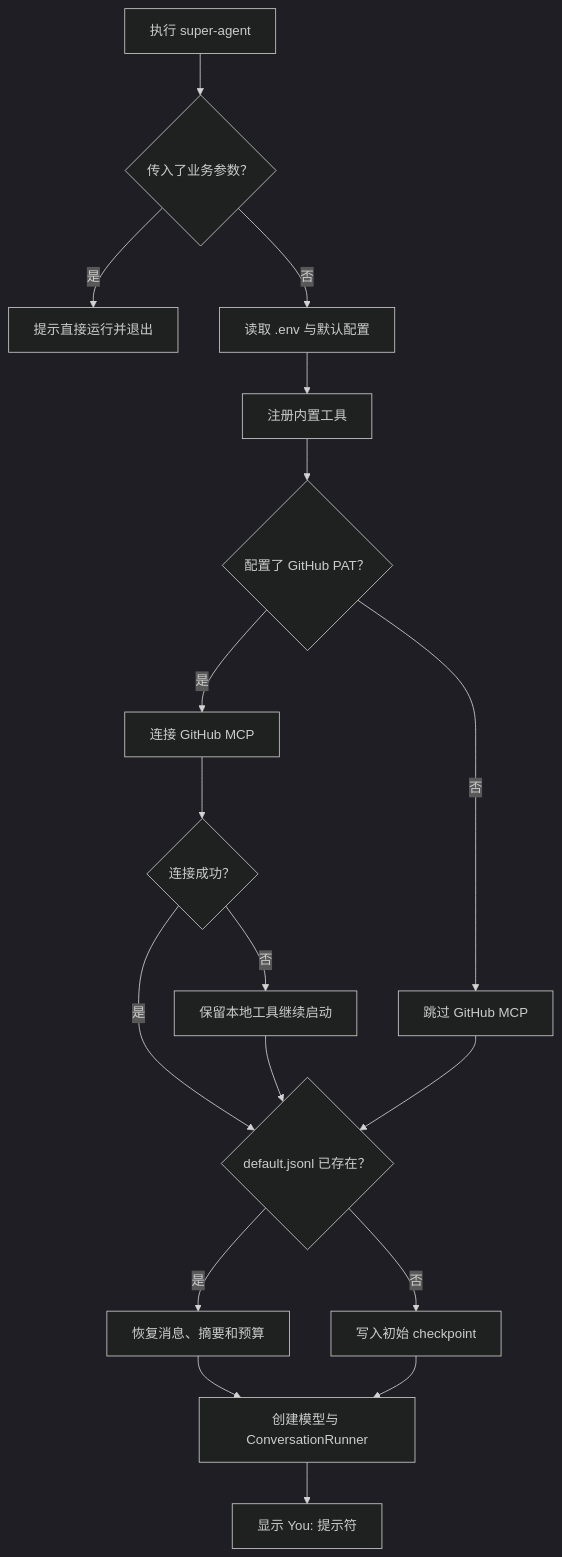
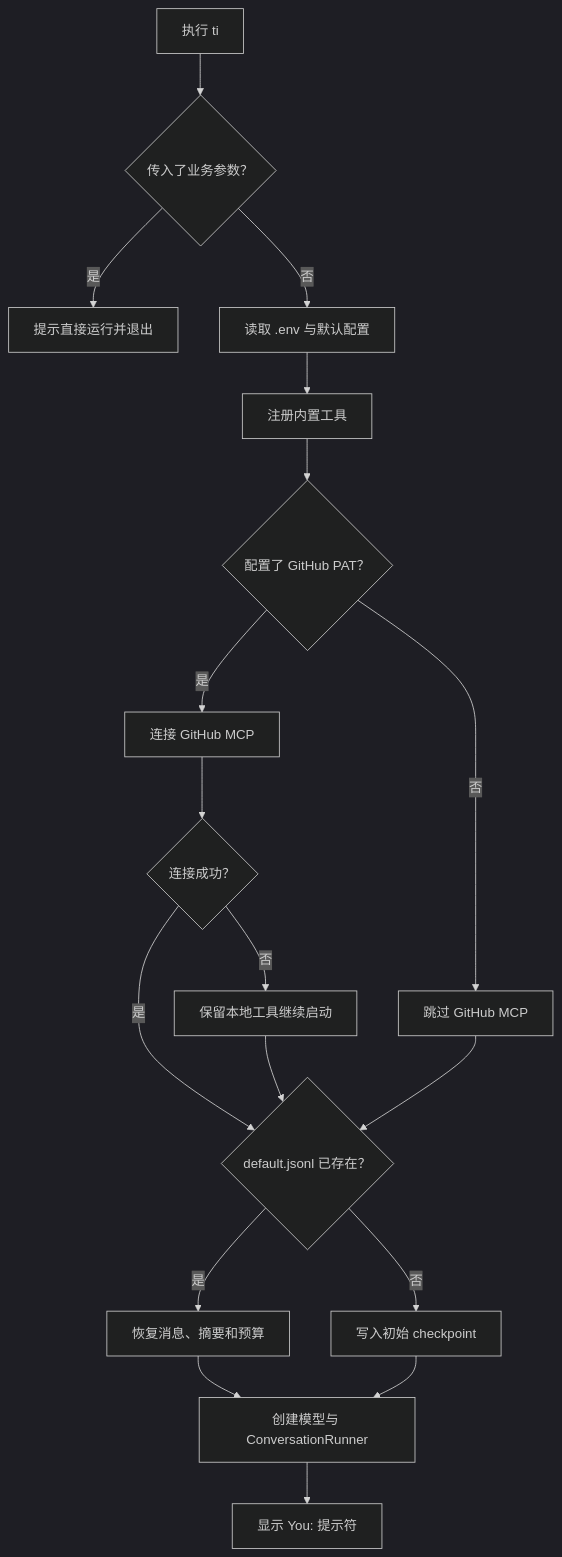
Before and after one commit to caosiwei97/super-agent: the first of 6 diagrams in README.md, drawn with Mermaid (dark theme). The commit also changed other lines of this file and 1 other file, not shown here.

Commit message:
docs: 将项目名称更新为 ti-agent

````diff
--- a/README.md
+++ b/README.md
@@ -36,20 +36,20 @@
 ```mermaid
 flowchart TD
-    Start["执行 super-agent"] --> Args{"传入了业务参数？"}
+    Start["执行 ti"] --> Args{"传入了业务参数？"}
     Args -->|是| Reject["提示直接运行并退出"]
     Args -->|否| Config["读取 .env 与默认配置"]
     Config --> Builtin["注册内置工具"]
     Builtin --> Token{"配置了 GitHub PAT？"}
     Token -->|是| MCP["连接 GitHub MCP"]
     Token -->|否| Skip["跳过 GitHub MCP"]
     MCP --> MCPResult{"连接成功？"}
     MCPResult -->|是| Session{"default.jsonl 已存在？"}
     MCPResult -->|否| Fallback["保留本地工具继续启动"]
     Fallback --> Session
     Skip --> Session
     Session -->|是| Restore["恢复消息、摘要和预算"]
     Session -->|否| Create["写入初始 checkpoint"]
     Restore --> Runtime["创建模型与 ConversationRunner"]
     Create --> Runtime
     Runtime --> Prompt["显示 You: 提示符"]
 ```
````
